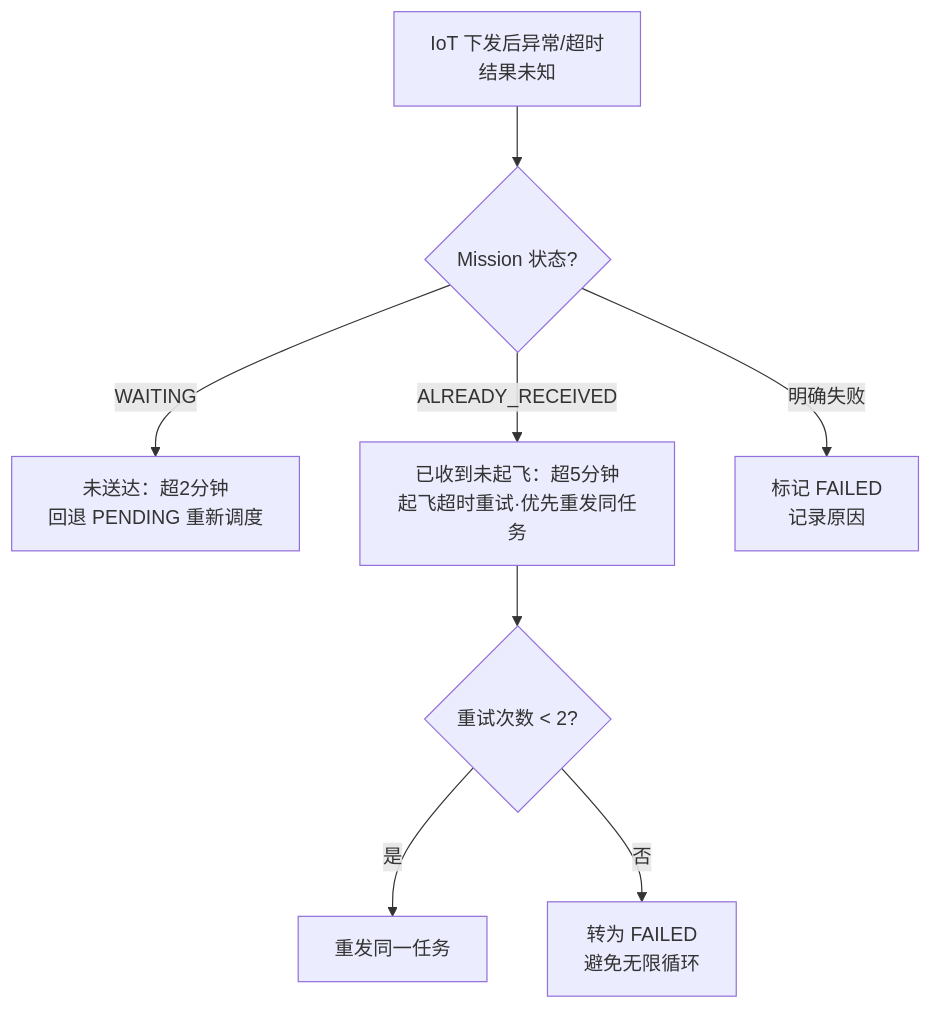
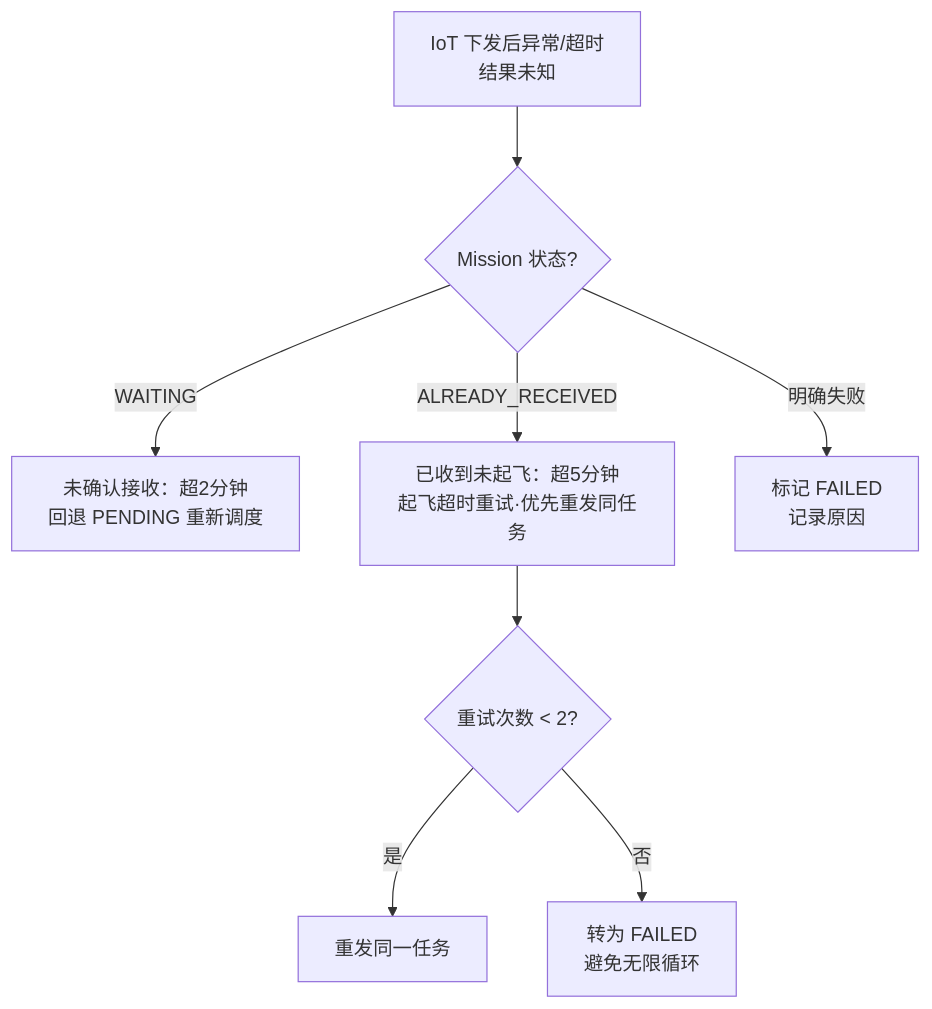
The sixth of 15 diagrams in site/documents/uav-backend-review-handbook.md (rominw/html-docs), drawn with Mermaid before and after one commit. The commit also changed other lines of this file and 2 other files, not shown here.

````diff
--- a/site/documents/uav-backend-review-handbook.md
+++ b/site/documents/uav-backend-review-handbook.md
@@ -663,10 +731,10 @@
 ```mermaid
 flowchart TD
     W[IoT 下发后异常/超时<br/>结果未知] --> K{Mission 状态?}
-    K -- WAITING --> W1[未送达：超2分钟<br/>回退 PENDING 重新调度]
+    K -- WAITING --> W1[未确认接收：超2分钟<br/>回退 PENDING 重新调度]
     K -- ALREADY_RECEIVED --> W2[已收到未起飞：超5分钟<br/>起飞超时重试·优先重发同任务]
     K -- 明确失败 --> W3[标记 FAILED<br/>记录原因]
     W2 --> R{重试次数 < 2?}
     R -- 是 --> W2R[重发同一任务]
     R -- 否 --> F[转为 FAILED<br/>避免无限循环]
 ```
````
